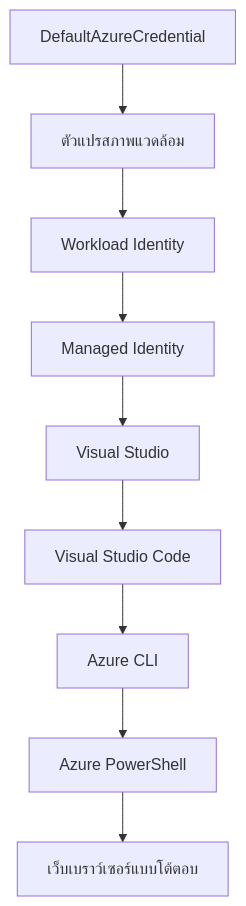
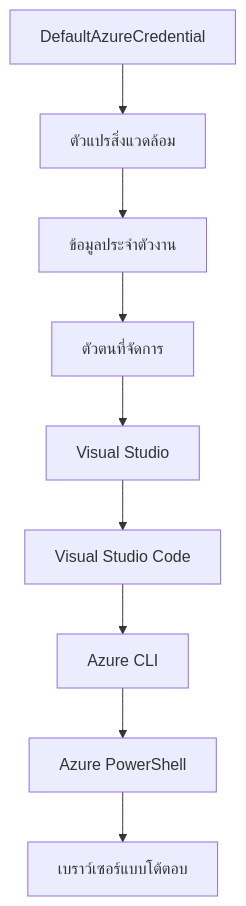
The second of 2 diagrams in translations/th/docs/chapter-01-foundation/azd-basics.md (microsoft/AZD-for-beginners), drawn with Mermaid before and after one commit. The commit also changed other lines of this file and 101 other files, not shown here.

````diff
--- a/translations/th/docs/chapter-01-foundation/azd-basics.md
+++ b/translations/th/docs/chapter-01-foundation/azd-basics.md
@@ -591,11 +591,11 @@
 ```mermaid
 graph TD
-    A[DefaultAzureCredential] --> B[ตัวแปรสภาพแวดล้อม]
-    B --> C[Workload Identity]
-    C --> D[Managed Identity]
+    A[DefaultAzureCredential] --> B[ตัวแปรสิ่งแวดล้อม]
+    B --> C[ข้อมูลประจำตัวงาน]
+    C --> D[ตัวตนที่จัดการ]
     D --> E[Visual Studio]
     E --> F[Visual Studio Code]
     F --> G[Azure CLI]
     G --> H[Azure PowerShell]
-    H --> I[เว็บเบราว์เซอร์แบบโต้ตอบ]
+    H --> I[เบราว์เซอร์แบบโต้ตอบ]
 ```
````
